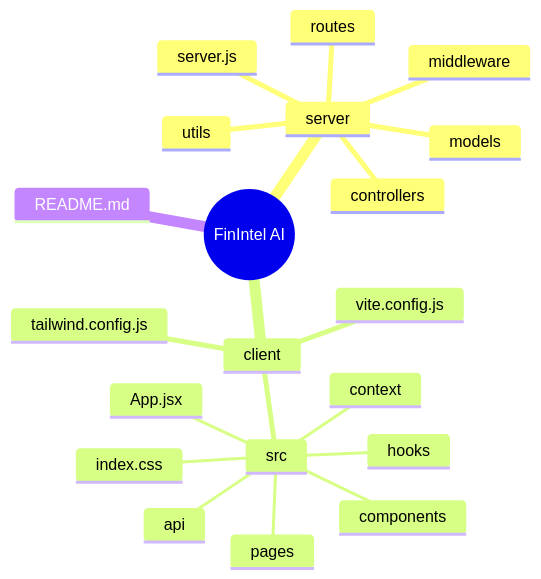
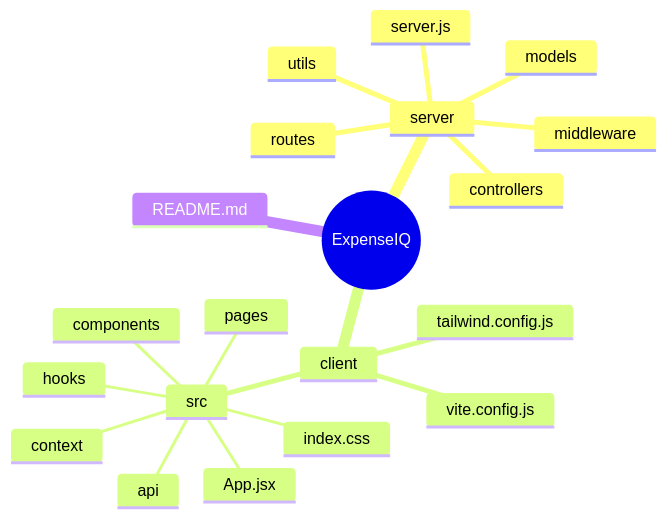
One commit to PrajwalB461/ExpenseIQ-AI-Powered-Financial-Insights changed the second of 4 diagrams in README.md. Above: the diagram before and after it, drawn with Mermaid. The commit also changed other lines of this file and 16 other files, not shown here.

````diff
--- a/README.md
+++ b/README.md
@@ -126,23 +126,23 @@
 ```mermaid
 mindmap
-  root((FinIntel AI))
+  root((ExpenseIQ))
     server
       controllers
       middleware
       models
       routes
       utils
       server.js
     client
       src
         api
         components
         context
         hooks
         pages
         App.jsx
         index.css
       tailwind.config.js
       vite.config.js
     README.md
 ```
````
